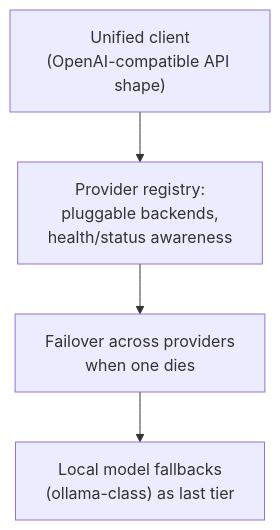
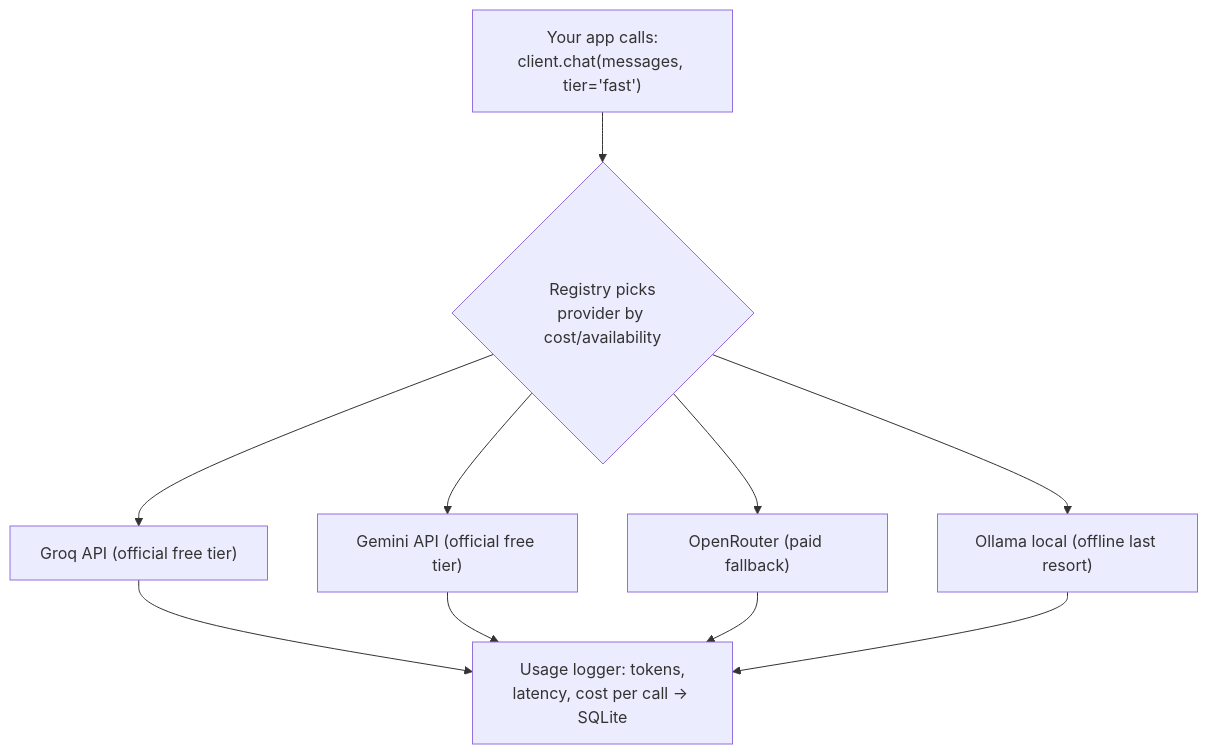
One commit to Anirudh-2810/Second-Brain changed the diagram in wiki/modules/case-studies/cs-gpt4free.md. Above: the diagram before and after it, drawn with Mermaid. The commit also changed other lines of this file and 12 other files, not shown here.

````diff
--- a/wiki/modules/case-studies/cs-gpt4free.md
+++ b/wiki/modules/case-studies/cs-gpt4free.md
@@ -22,6 +43,9 @@
 ```mermaid
 flowchart TD
-    C["Unified client<br/>(OpenAI-compatible API shape)"] --> R["Provider registry:<br/>pluggable backends,<br/>health/status awareness"]
-    R --> F["Failover across providers<br/>when one dies"]
-    F --> M["Local model fallbacks<br/>(ollama-class) as last tier"]
+    U["Your app calls:<br/>client.chat(messages, tier='fast')"] --> R{"Registry picks<br/>provider by cost/availability"}
+    R --> P1["Groq API (official free tier)"]
+    R --> P2["Gemini API (official free tier)"]
+    R --> P3["OpenRouter (paid fallback)"]
+    R --> P4["Ollama local (offline last resort)"]
+    P1 & P2 & P3 & P4 --> L["Usage logger: tokens,<br/>latency, cost per call -> SQLite"]
 ```
````
